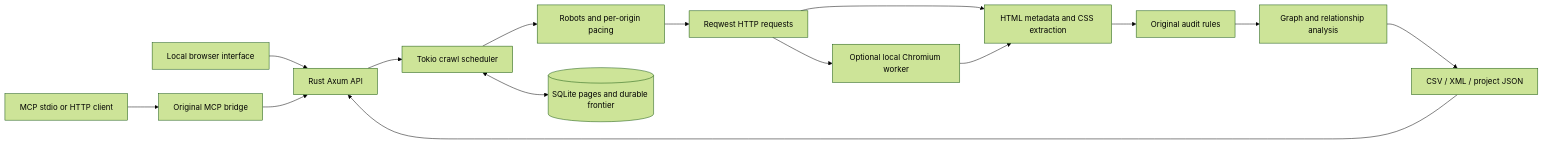
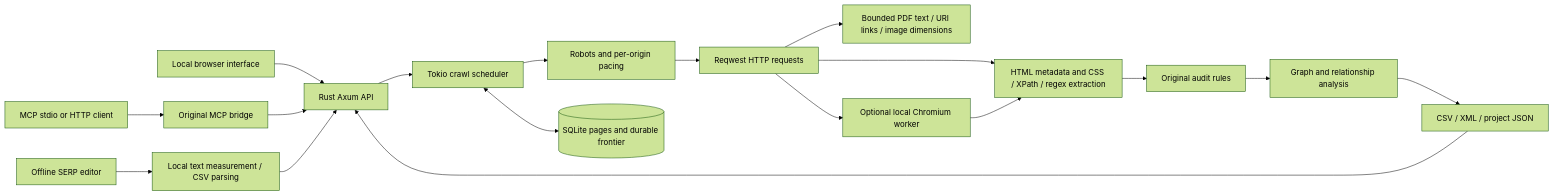
One commit to lia-xim/open-seo-spider changed the diagram in docs/architecture.md. Above: the diagram before and after it, drawn with Mermaid (forest theme). The commit also changed other lines of this file and 64 other files, not shown here.

Commit message:
Add bounded resource analysis, response inventory and offline SERP editor

````diff
--- a/docs/architecture.md
+++ b/docs/architecture.md
@@ -3,17 +3,20 @@
 ```mermaid
 flowchart LR
     UI[Local browser interface] --> API[Rust Axum API]
     MCP[MCP stdio or HTTP client] --> Bridge[Original MCP bridge]
     Bridge --> API
     API --> Core[Tokio crawl scheduler]
     Core --> Robots[Robots and per-origin pacing]
     Robots --> HTTP[Reqwest HTTP requests]
-    HTTP --> DOM[HTML metadata and CSS extraction]
+    HTTP --> DOM[HTML metadata and CSS / XPath / regex extraction]
+    HTTP --> Resources[Bounded PDF text / URI links / image dimensions]
     HTTP --> Worker[Optional local Chromium worker]
     Worker --> DOM
     Core <--> DB[(SQLite pages and durable frontier)]
     DOM --> Audit[Original audit rules]
     Audit --> Graph[Graph and relationship analysis]
     Graph --> Export[CSV / XML / project JSON]
     Export --> API
+    Offline[Offline SERP editor] --> Metrics[Local text measurement / CSV parsing]
+    Metrics --> API
 ```
````
